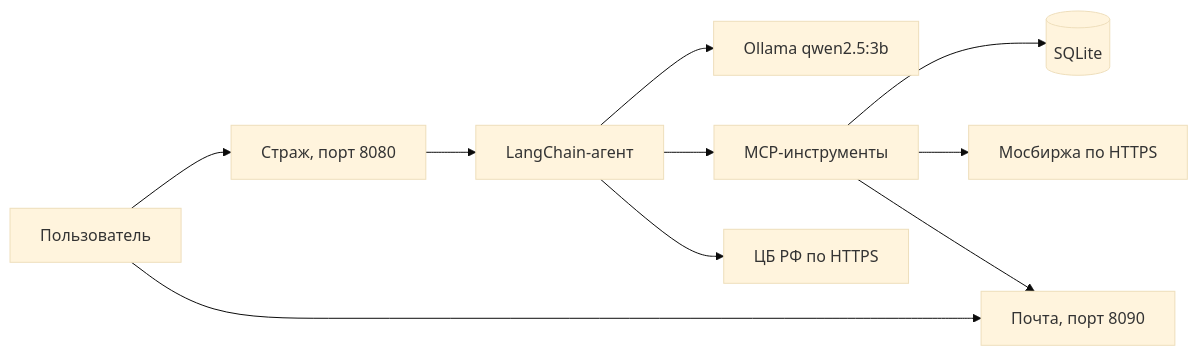
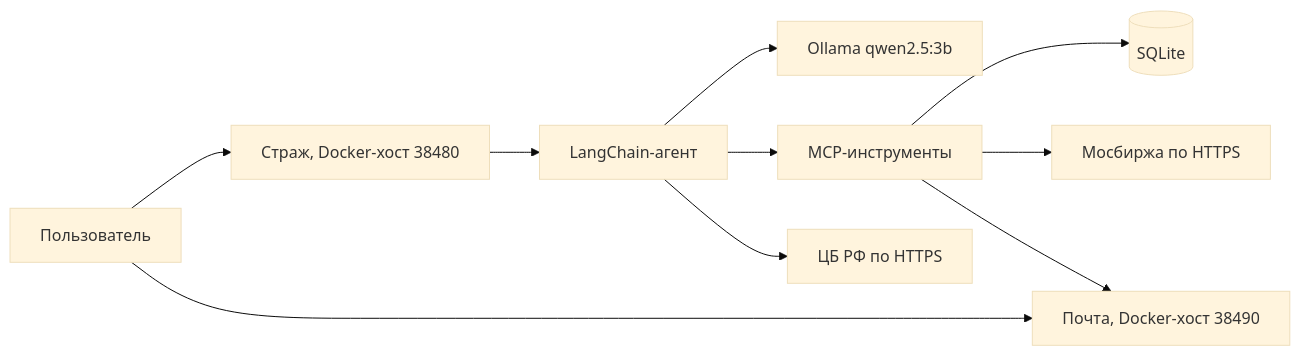
The diagram in отчет по проделанной работе/00_Навигация_по_отчету.md (truchekaterina/mlsecops_agent), drawn with Mermaid (base theme) before and after one commit. The commit also changed other lines of this file and 39 other files, not shown here.

````diff
--- a/отчет по проделанной работе/00_Навигация_по_отчету.md
+++ b/отчет по проделанной работе/00_Навигация_по_отчету.md
@@ -56,12 +61,12 @@
 ```mermaid
 flowchart LR
-    U[Пользователь] --> WEB[Страж, порт 8080]
-    U --> MAIL[Почта, порт 8090]
+    U[Пользователь] --> WEB[Страж, Docker-хост 38480]
+    U --> MAIL[Почта, Docker-хост 38490]
     WEB --> AGENT[LangChain-агент]
     AGENT --> OLLAMA[Ollama qwen2.5:3b]
     AGENT --> MCP[MCP-инструменты]
     MCP --> DB[(SQLite)]
     MCP --> MOEX[Мосбиржа по HTTPS]
     AGENT --> CBR[ЦБ РФ по HTTPS]
     MCP --> MAIL
 ```
````
